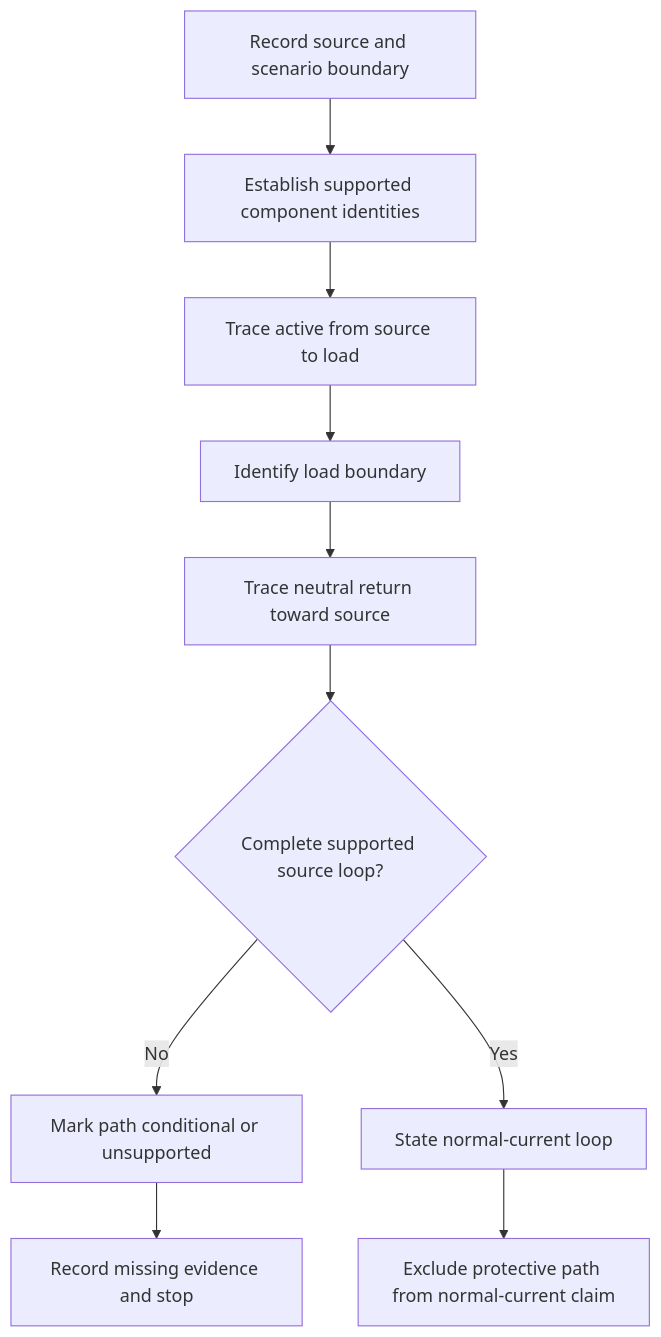
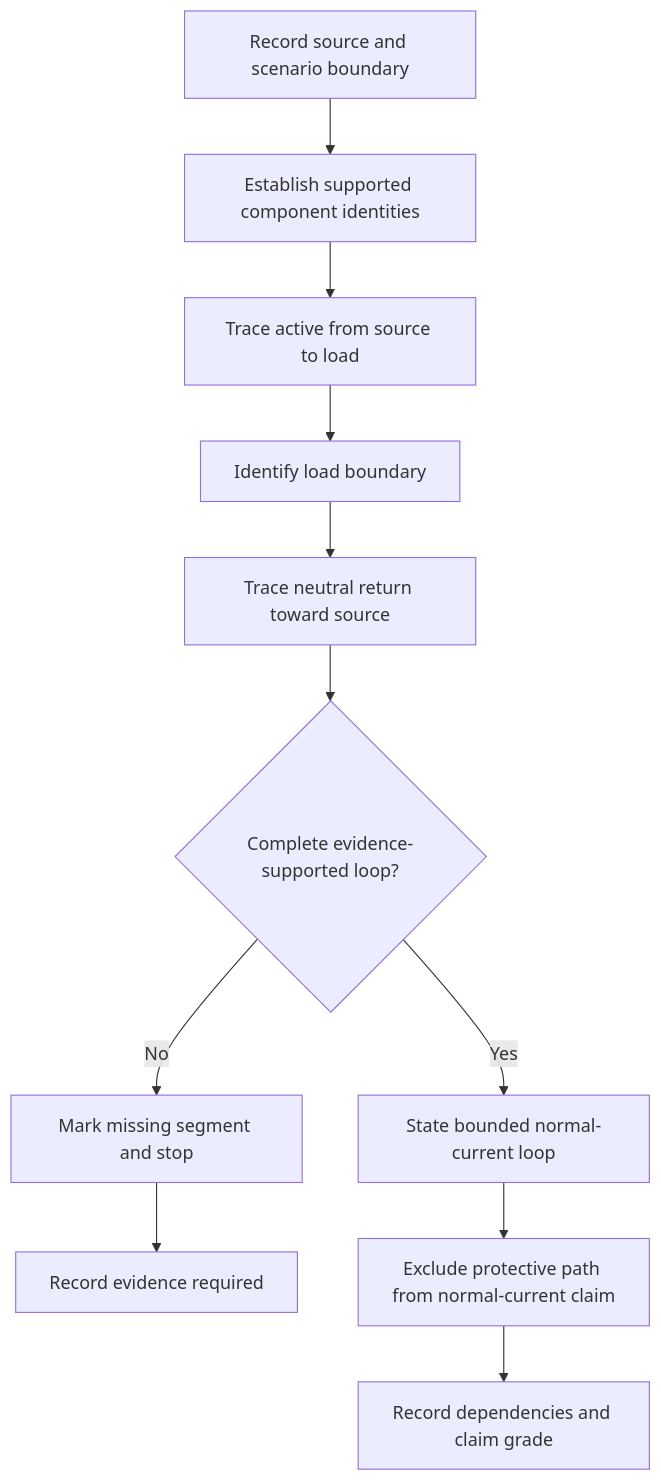
Before and after one commit to andrew3stedall/capstone: the first of 3 diagrams in docs/learning-plans/6-week/modules/day-09-men-arrangement-and-normal-current-paths.md, drawn with Mermaid. The commit also changed other lines of this file, not shown here.

Commit message:
Complete Day 9 MEN quality pass

````diff
--- a/docs/learning-plans/6-week/modules/day-09-men-arrangement-and-normal-current-paths.md
+++ b/docs/learning-plans/6-week/modules/day-09-men-arrangement-and-normal-current-paths.md
@@ -119,12 +145,13 @@
 ```mermaid
 flowchart TD
     A["Record source and scenario boundary"] --> B["Establish supported component identities"]
     B --> C["Trace active from source to load"]
     C --> D["Identify load boundary"]
     D --> E["Trace neutral return toward source"]
-    E --> F{"Complete supported source loop?"}
-    F -->|"No"| G["Mark path conditional or unsupported"]
-    F -->|"Yes"| H["State normal-current loop"]
-    G --> I["Record missing evidence and stop"]
+    E --> F{"Complete evidence-supported loop?"}
+    F -->|"No"| G["Mark missing segment and stop"]
+    F -->|"Yes"| H["State bounded normal-current loop"]
+    G --> I["Record evidence required"]
     H --> J["Exclude protective path from normal-current claim"]
+    J --> K["Record dependencies and claim grade"]
 ```
````
